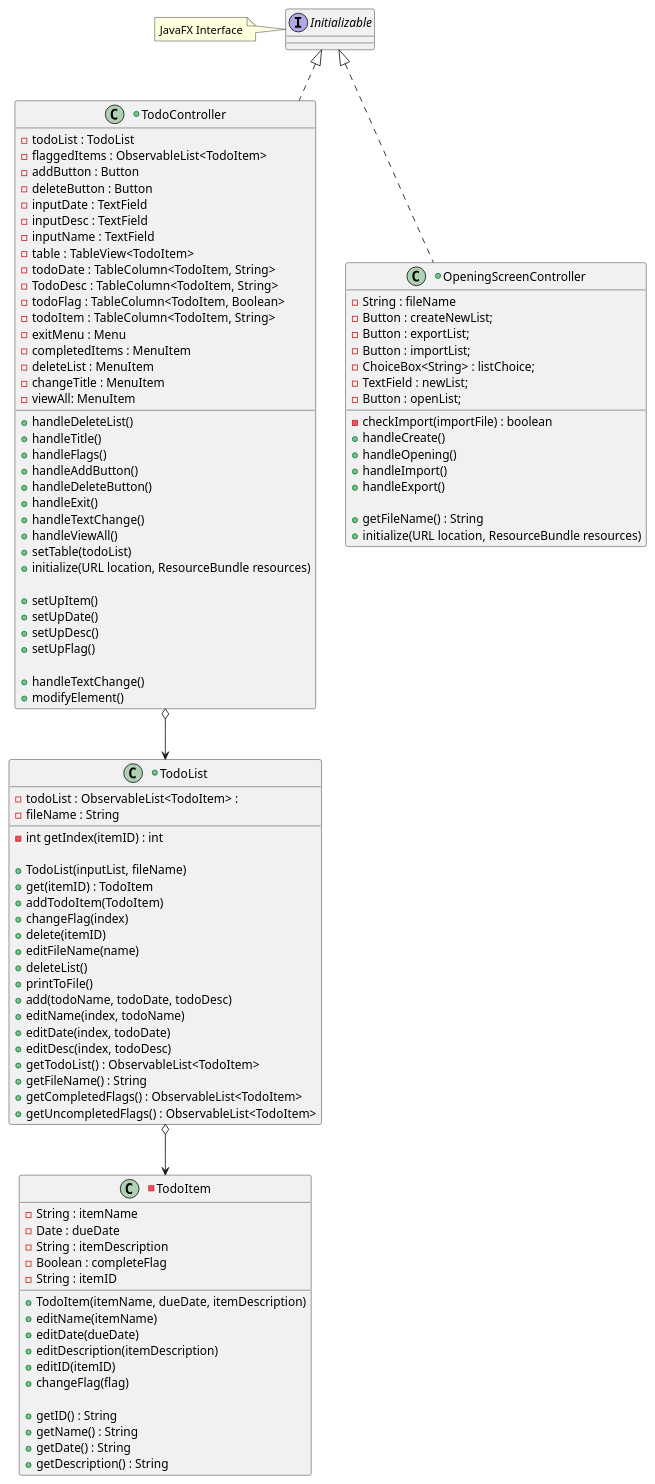
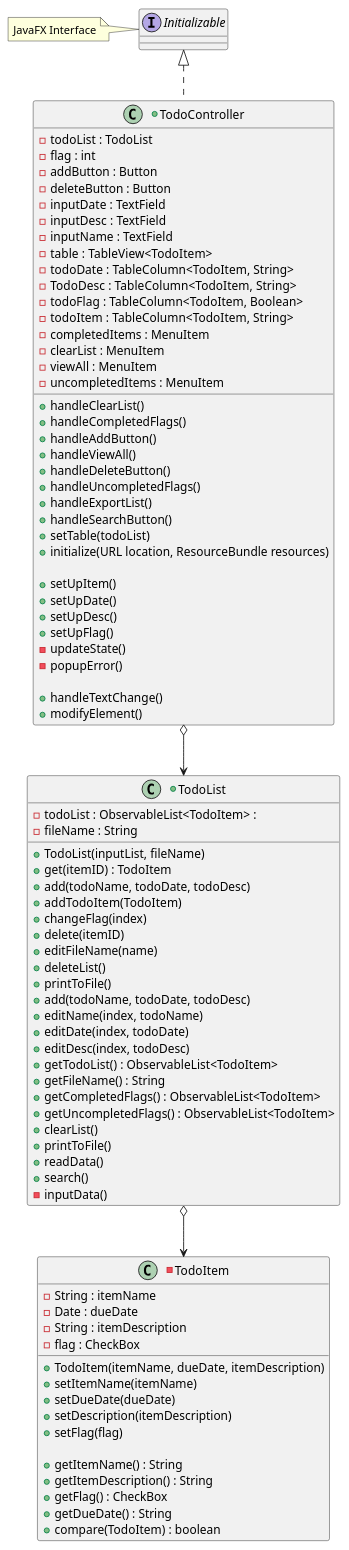
The diagram in docs/Application.puml (jmazor/mazor-app1-impl), drawn with PlantUML before and after one commit. The commit also changed 1 other file, not shown here.

```diff
--- a/docs/Application.puml
+++ b/docs/Application.puml
@@ -1,113 +1,98 @@
 @startuml
 'https://plantuml.com/class-diagram
 
 -class TodoItem {
     -String : itemName
     -Date : dueDate
     -String : itemDescription
-    -Boolean : completeFlag
-    -String : itemID
+    -flag : CheckBox
     +TodoItem(itemName, dueDate, itemDescription)
-    +editName(itemName)
-    +editDate(dueDate)
-    +editDescription(itemDescription)
-    +editID(itemID)
-    +changeFlag(flag)
+    +setItemName(itemName)
+    +setDueDate(dueDate)
+    +setDescription(itemDescription)
+    +setFlag(flag)
 
-    +getID() : String
-    +getName() : String
-    +getDate() : String
-    +getDescription() : String
+    +getItemName() : String
+    +getItemDescription() : String
+    +getFlag() : CheckBox
+    +getDueDate() : String
+    +compare(TodoItem) : boolean
 }
   TodoList o--> TodoItem
   TodoController o--> TodoList
 
 
 +class TodoList {
     -todoList : ObservableList<TodoItem> :
     -fileName : String
 
-    -int getIndex(itemID) : int
-
     +TodoList(inputList, fileName)
     +get(itemID) : TodoItem
+    +add(todoName, todoDate, todoDesc)
     +addTodoItem(TodoItem)
     +changeFlag(index)
     +delete(itemID)
     +editFileName(name)
     +deleteList()
     +printToFile()
     +add(todoName, todoDate, todoDesc)
     +editName(index, todoName)
     +editDate(index, todoDate)
     +editDesc(index, todoDesc)
     +getTodoList() : ObservableList<TodoItem>
     +getFileName() : String
     +getCompletedFlags() : ObservableList<TodoItem>
     +getUncompletedFlags() : ObservableList<TodoItem>
+    +clearList()
+    +printToFile()
+    +readData()
+    +search()
+    -inputData()
 
 }
 
-+class OpeningScreenController implements Initializable {
 
-    -String : fileName
-    -Button : createNewList;
-    -Button : exportList;
-    -Button : importList;
-    -ChoiceBox<String> : listChoice;
-    -TextField : newList;
-    -Button : openList;
-
-    -checkImport(importFile) : boolean
-    +handleCreate()
-    +handleOpening()
-    +handleImport()
-    +handleExport()
-
-    +getFileName() : String
-    +initialize(URL location, ResourceBundle resources)
-
-}
 +class TodoController implements Initializable {
     -todoList : TodoList
-    -flaggedItems : ObservableList<TodoItem>
+    -flag : int
     -addButton : Button
     -deleteButton : Button
     -inputDate : TextField
     -inputDesc : TextField
     -inputName : TextField
     -table : TableView<TodoItem>
     -todoDate : TableColumn<TodoItem, String>
     -TodoDesc : TableColumn<TodoItem, String>
     -todoFlag : TableColumn<TodoItem, Boolean>
     -todoItem : TableColumn<TodoItem, String>
-    -exitMenu : Menu
     -completedItems : MenuItem
-    -deleteList : MenuItem
-    -changeTitle : MenuItem
-    -viewAll: MenuItem
-    +handleDeleteList()
-    +handleTitle()
-    +handleFlags()
+    -clearList : MenuItem
+    -viewAll : MenuItem
+    -uncompletedItems : MenuItem
+    +handleClearList()
+    +handleCompletedFlags()
     +handleAddButton()
+    +handleViewAll()
     +handleDeleteButton()
-    +handleExit()
-    +handleTextChange()
-    +handleViewAll()
+    +handleUncompletedFlags()
+    +handleExportList()
+    +handleSearchButton()
     +setTable(todoList)
     +initialize(URL location, ResourceBundle resources)
 
     +setUpItem()
     +setUpDate()
     +setUpDesc()
     +setUpFlag()
+    -updateState()
+    -popupError()
 
     +handleTextChange()
     +modifyElement()
 }
 Interface Initializable
 note left: JavaFX Interface
 
 
 
 @enduml
```
